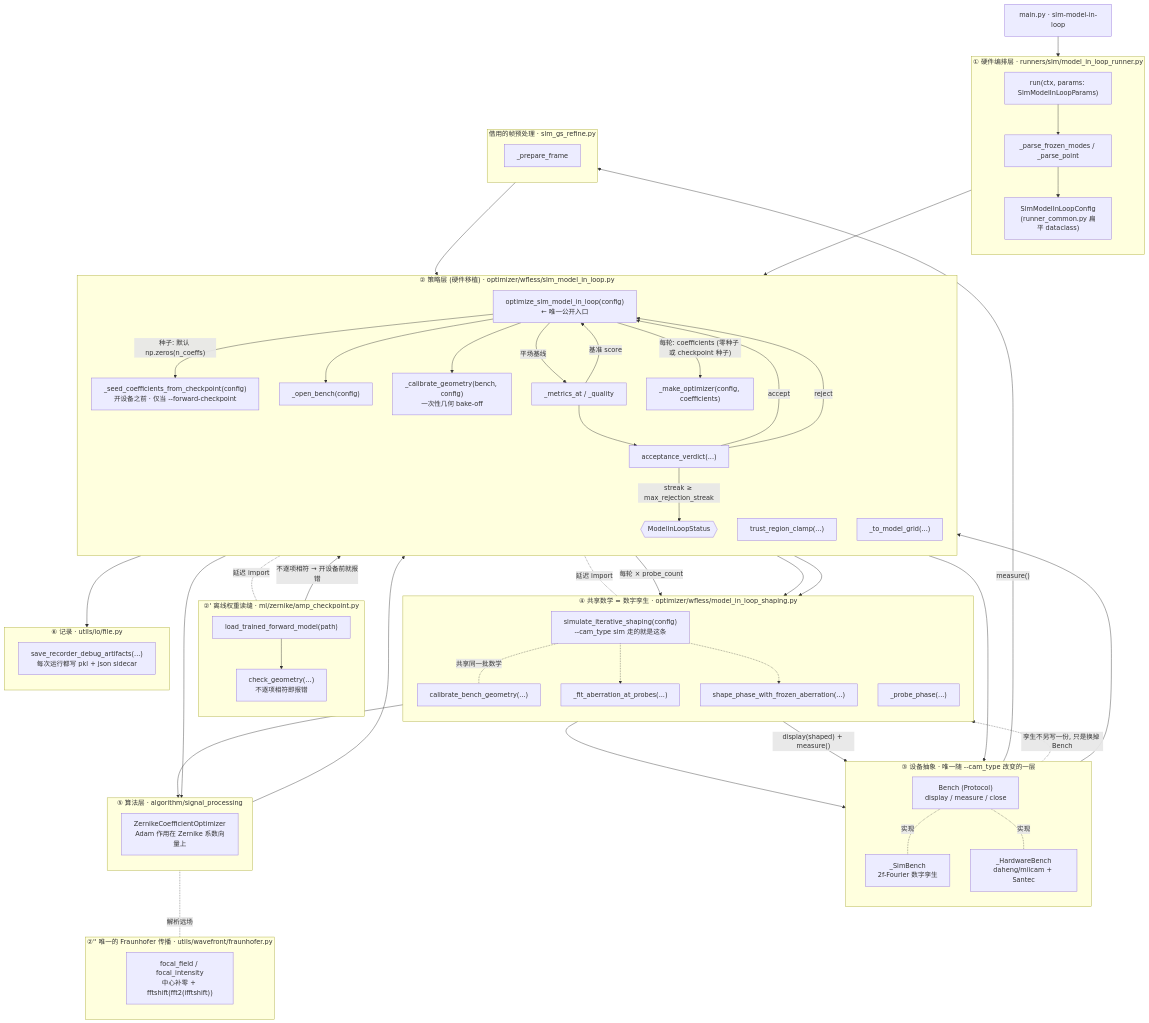
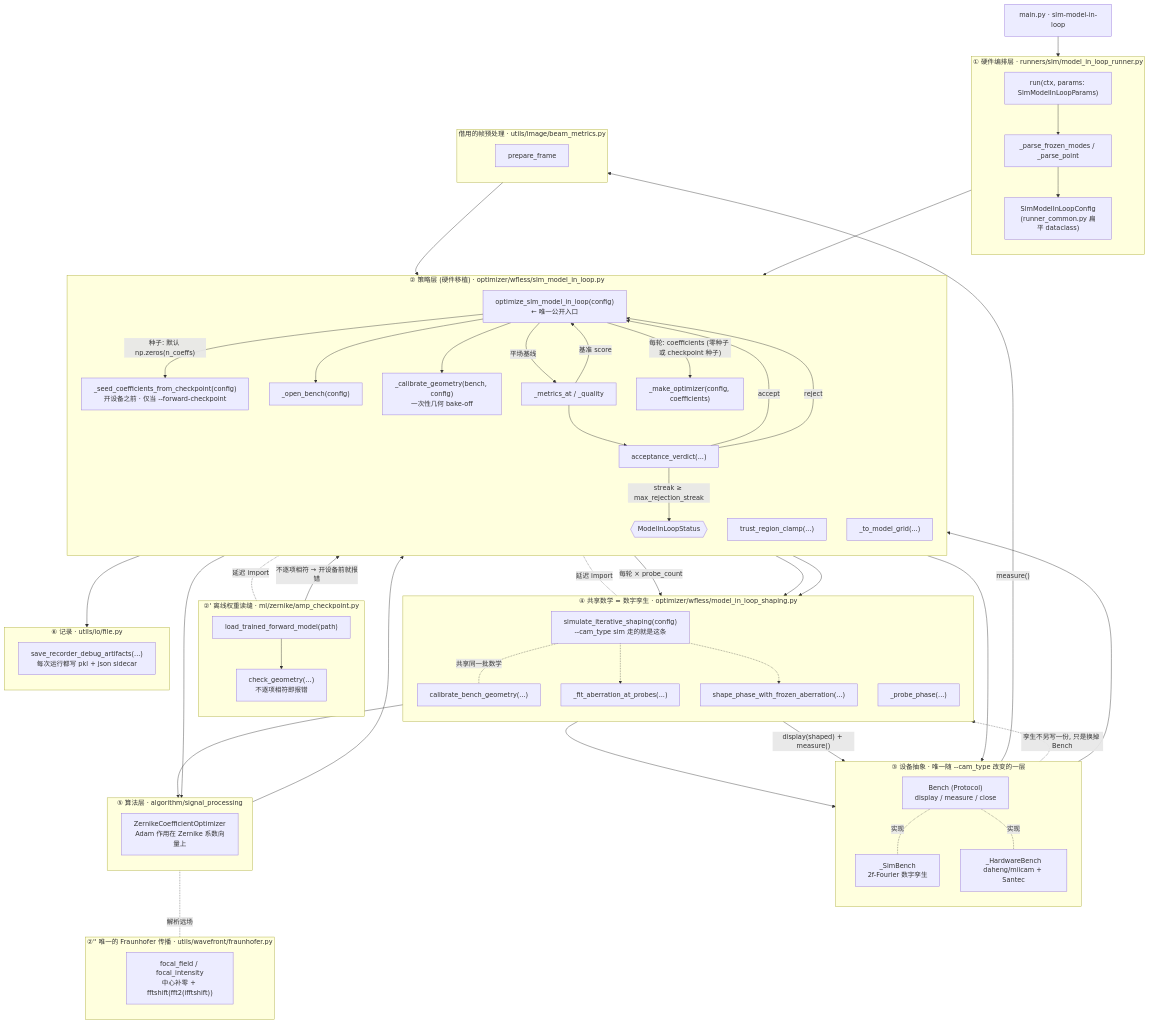
Before and after one commit to ywzhang909/AO-shaping: the first of 4 diagrams in docs/slm/model_in_loop_algorithm.md, drawn with Mermaid. The commit also changed other lines of this file and 31 other files, not shown here.

```diff
--- a/docs/slm/model_in_loop_algorithm.md
+++ b/docs/slm/model_in_loop_algorithm.md
@@ -88,9 +88,9 @@
         ZCO["ZernikeCoefficientOptimizer<br/>Adam 作用在 Zernike 系数向量上"]
     end
 
-    subgraph LX["借用的帧预处理 · slm_gs_refine.py"]
+    subgraph LX["借用的帧预处理 · utils/image/beam_metrics.py"]
         direction TB
-        PREP["_prepare_frame"]
+        PREP["prepare_frame"]
     end
 
     subgraph LO["⑥ 记录 · utils/io/file.py"]
```
